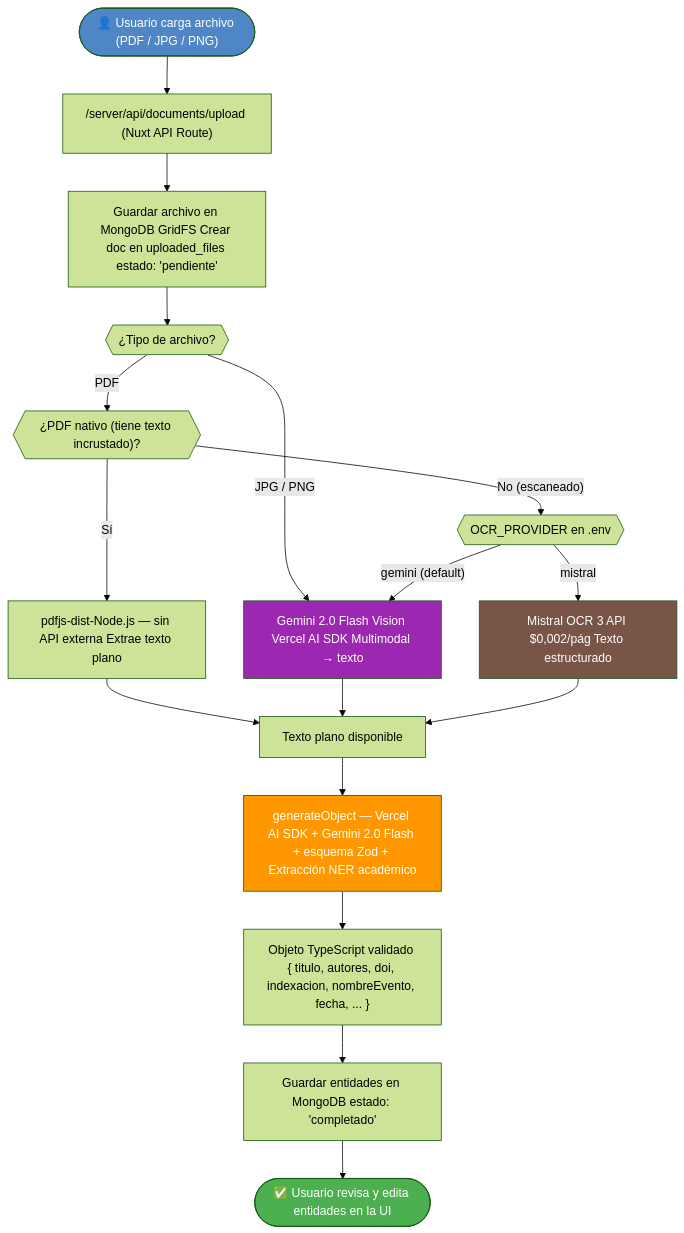
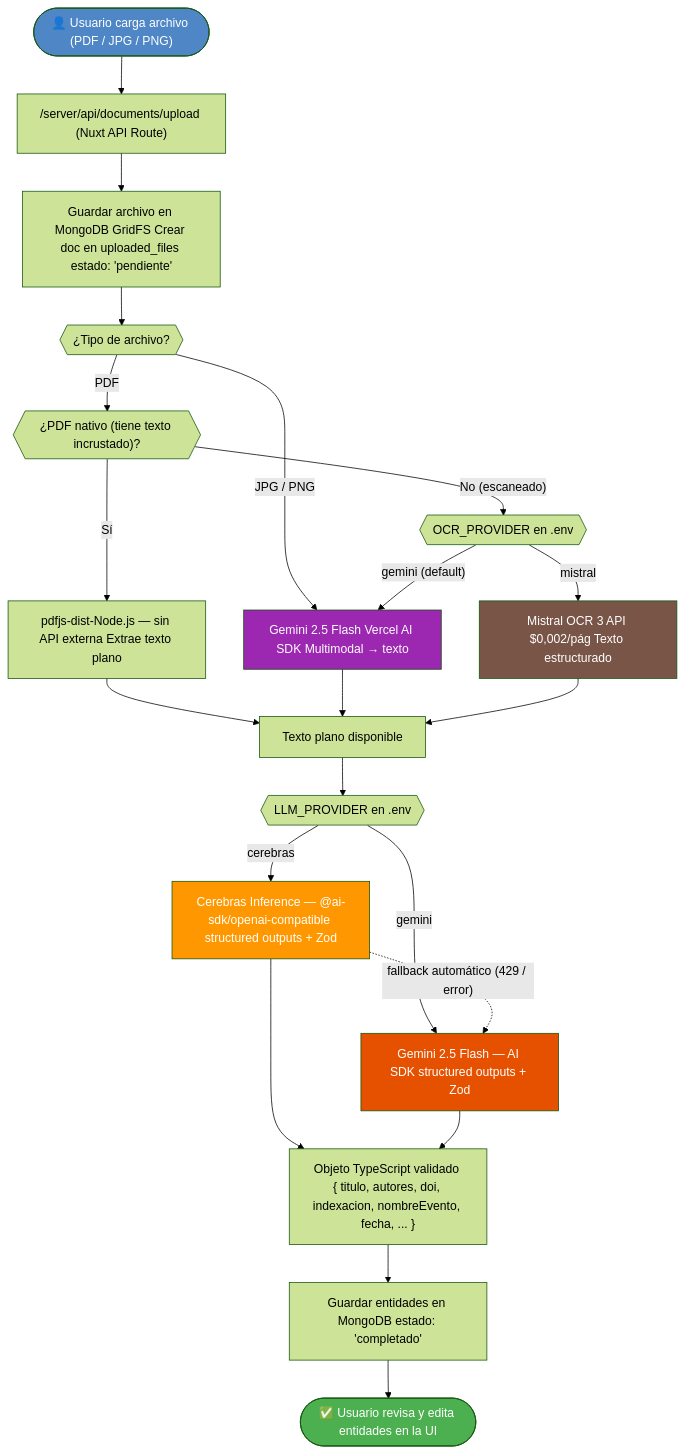
One commit to KarloZ7715/SIPAc changed the second of 2 diagrams in docs/analisis-diseno/documentacion/03-arquitectura-tecnica.md. Above: the diagram before and after it, drawn with Mermaid (forest theme). The commit also changed other lines of this file and 8 other files, not shown here.

````diff
--- a/docs/analisis-diseno/documentacion/03-arquitectura-tecnica.md
+++ b/docs/analisis-diseno/documentacion/03-arquitectura-tecnica.md
@@ -212,30 +277,37 @@
 ```mermaid
 flowchart TD
     A(["👤 Usuario carga archivo (PDF / JPG / PNG)"]) --> B["/server/api/documents/upload (Nuxt API Route)"]
     B --> C["Guardar archivo en MongoDB GridFS Crear doc en uploaded_files estado: 'pendiente'"]
     C --> D{{"¿Tipo de archivo?"}}
 
     D -- "PDF" --> E{{"¿PDF nativo (tiene texto incrustado)?"}}
     D -- "JPG / PNG" --> H
 
     E -- "Sí" --> F["pdfjs-dist-Node.js — sin API externa Extrae texto plano"]
     E -- "No (escaneado)" --> G{{"OCR_PROVIDER en .env"}}
 
-    G -- "gemini (default)" --> H["Gemini 2.0 Flash Vision Vercel AI SDK Multimodal → texto"]
+    G -- "gemini (default)" --> H["Gemini 2.5 Flash Vercel AI SDK Multimodal → texto"]
     G -- "mistral" --> I["Mistral OCR 3 API $0,002/pág Texto estructurado"]
 
     F --> J["Texto plano disponible"]
     H --> J
     I --> J
 
-    J --> K["generateObject — Vercel AI SDK + Gemini 2.0 Flash + esquema Zod + Extracción NER académico"]
-    K --> L["Objeto TypeScript validado { titulo, autores, doi, indexacion, nombreEvento, fecha, ... }"]
+    J --> K{{"LLM_PROVIDER en .env"}}
+
+    K -- "cerebras" --> K1["Cerebras Inference — @ai-sdk/openai-compatible structured outputs + Zod"]
+    K -- "gemini" --> K2["Gemini 2.5 Flash — AI SDK structured outputs + Zod"]
+    K1 -. "fallback automático (429 / error)" .-> K2
+
+    K1 --> L["Objeto TypeScript validado { titulo, autores, doi, indexacion, nombreEvento, fecha, ... }"]
+    K2 --> L
     L --> M["Guardar entidades en MongoDB estado: 'completado'"]
     M --> N(["✅ Usuario revisa y edita entidades en la UI"])
 
     style A fill:#4f86c6,color:#fff
     style N fill:#4caf50,color:#fff
-    style K fill:#ff9800,color:#fff
+    style K1 fill:#ff9800,color:#fff
+    style K2 fill:#e65100,color:#fff
     style H fill:#9c27b0,color:#fff
     style I fill:#795548,color:#fff
 ```
````
